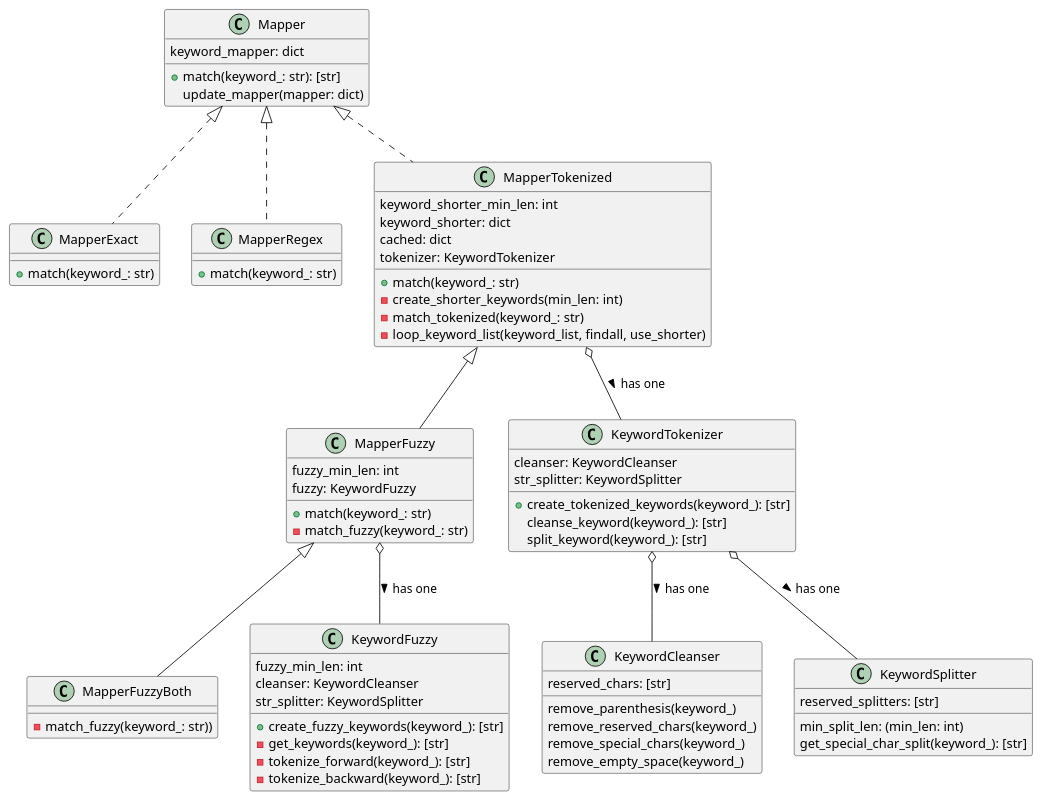
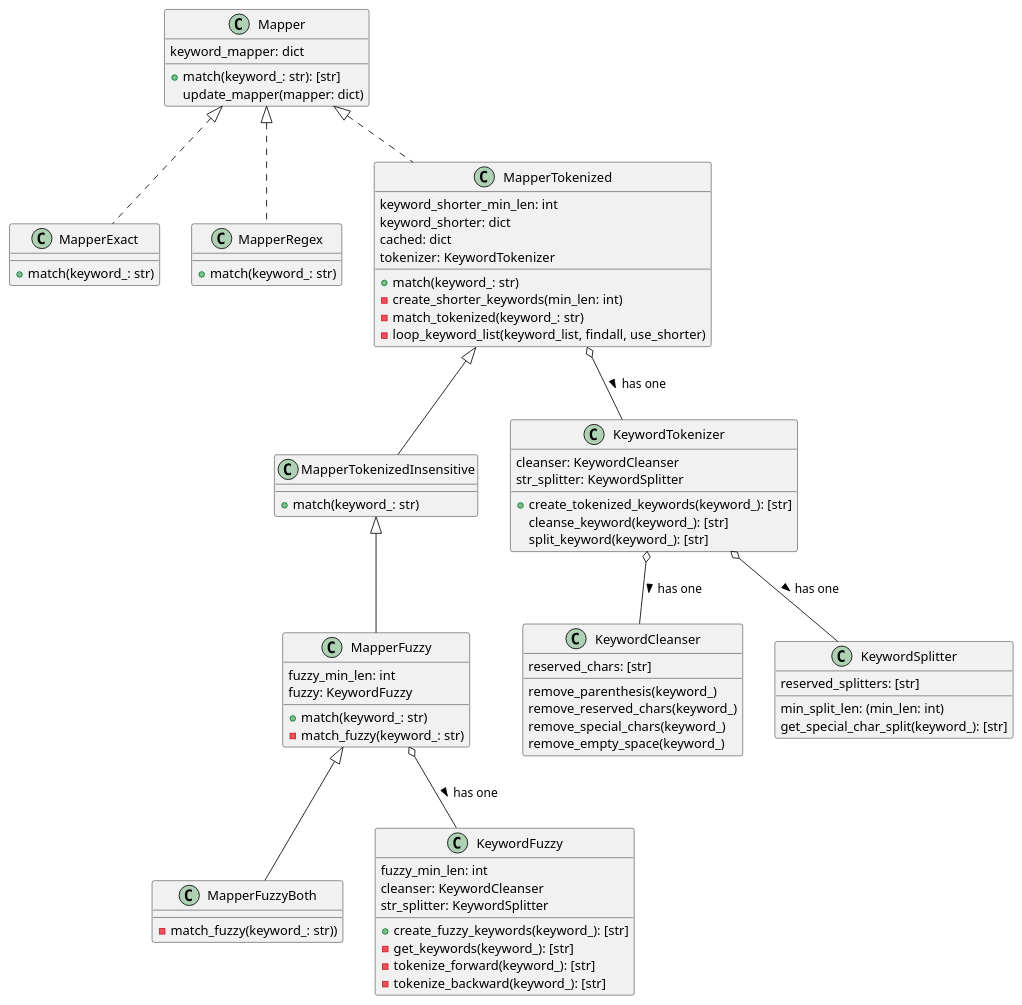
One commit to kpkroy/puml changed the diagram in 0_keyword_mapper.puml. Above: the diagram before and after it, drawn with PlantUML.

Commit message:
keyword mapper updated

```diff
--- a/0_keyword_mapper.puml
+++ b/0_keyword_mapper.puml
@@ -1,87 +1,92 @@
 @startuml
 class MapperExact implements Mapper
 class MapperRegex implements Mapper
 class MapperTokenized implements Mapper
-class MapperFuzzy extends MapperTokenized
+class MapperFuzzy extends MapperTokenizedInsensitive
 class MapperFuzzyBoth extends MapperFuzzy
+class MapperTokenizedInsensitive extends MapperTokenized
 
 MapperTokenized o-- KeywordTokenizer : has one >
 MapperFuzzy o-- KeywordFuzzy : has one >
 KeywordTokenizer o-- KeywordCleanser: has one >
 KeywordTokenizer o-- KeywordSplitter: has one >
 
 
 class Mapper {
 keyword_mapper: dict
 + match(keyword_: str): [str]
 update_mapper(mapper: dict)
 }
 
 class MapperExact{
++ match(keyword_: str)
+}
+
+class MapperTokenizedInsensitive{
 + match(keyword_: str)
 }
 
 class MapperRegex{
 + match(keyword_: str)
 }
 
 class MapperTokenized{
 keyword_shorter_min_len: int
 keyword_shorter: dict
 cached: dict
 tokenizer: KeywordTokenizer
 
 + match(keyword_: str)
 - create_shorter_keywords(min_len: int)
 - match_tokenized(keyword_: str)
 - loop_keyword_list(keyword_list, findall, use_shorter)
 }
 
 class MapperFuzzy{
 fuzzy_min_len: int
 fuzzy: KeywordFuzzy
 
 + match(keyword_: str)
 - match_fuzzy(keyword_: str)
 }
 
 class MapperFuzzyBoth{
 - match_fuzzy(keyword_: str))
 }
 
 class KeywordTokenizer{
 cleanser: KeywordCleanser
 str_splitter: KeywordSplitter
 
 + create_tokenized_keywords(keyword_): [str]
 cleanse_keyword(keyword_): [str]
 split_keyword(keyword_): [str]
 }
 
 class KeywordFuzzy{
 fuzzy_min_len: int
 cleanser: KeywordCleanser
 str_splitter: KeywordSplitter
 
 + create_fuzzy_keywords(keyword_): [str]
 - get_keywords(keyword_): [str]
 - tokenize_forward(keyword_): [str]
 - tokenize_backward(keyword_): [str]
 }
 
 class KeywordCleanser{
 reserved_chars: [str]
 
 remove_parenthesis(keyword_)
 remove_reserved_chars(keyword_)
 remove_special_chars(keyword_)
 remove_empty_space(keyword_)
 }
 
 class KeywordSplitter{
 reserved_splitters: [str]
 min_split_len: (min_len: int)
 get_special_char_split(keyword_): [str]
 }
 
 @enduml
```
